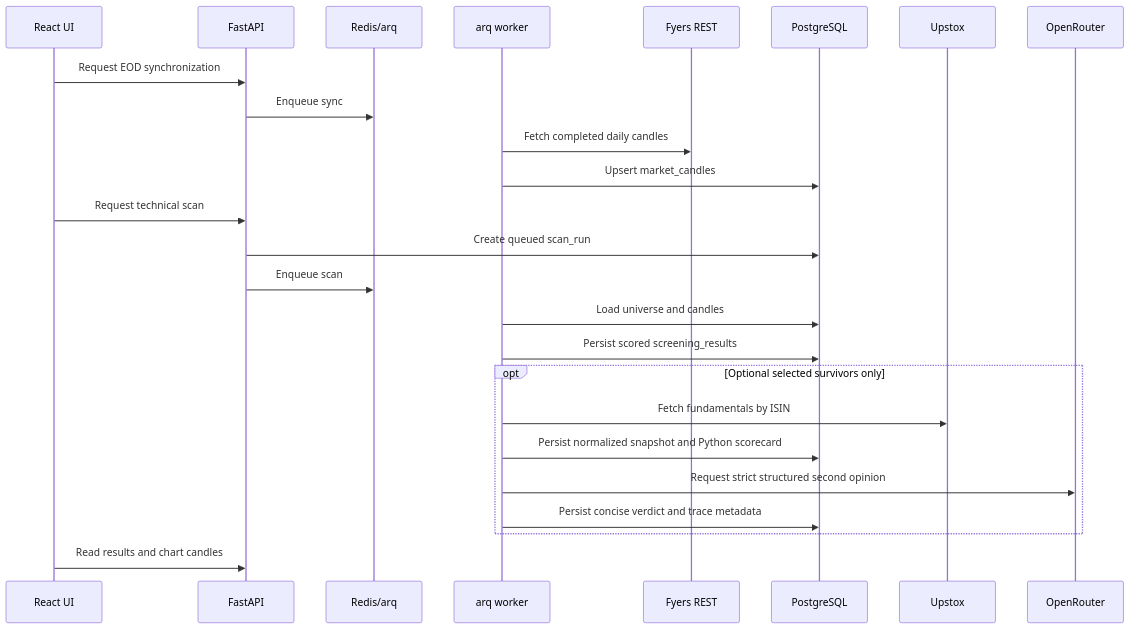
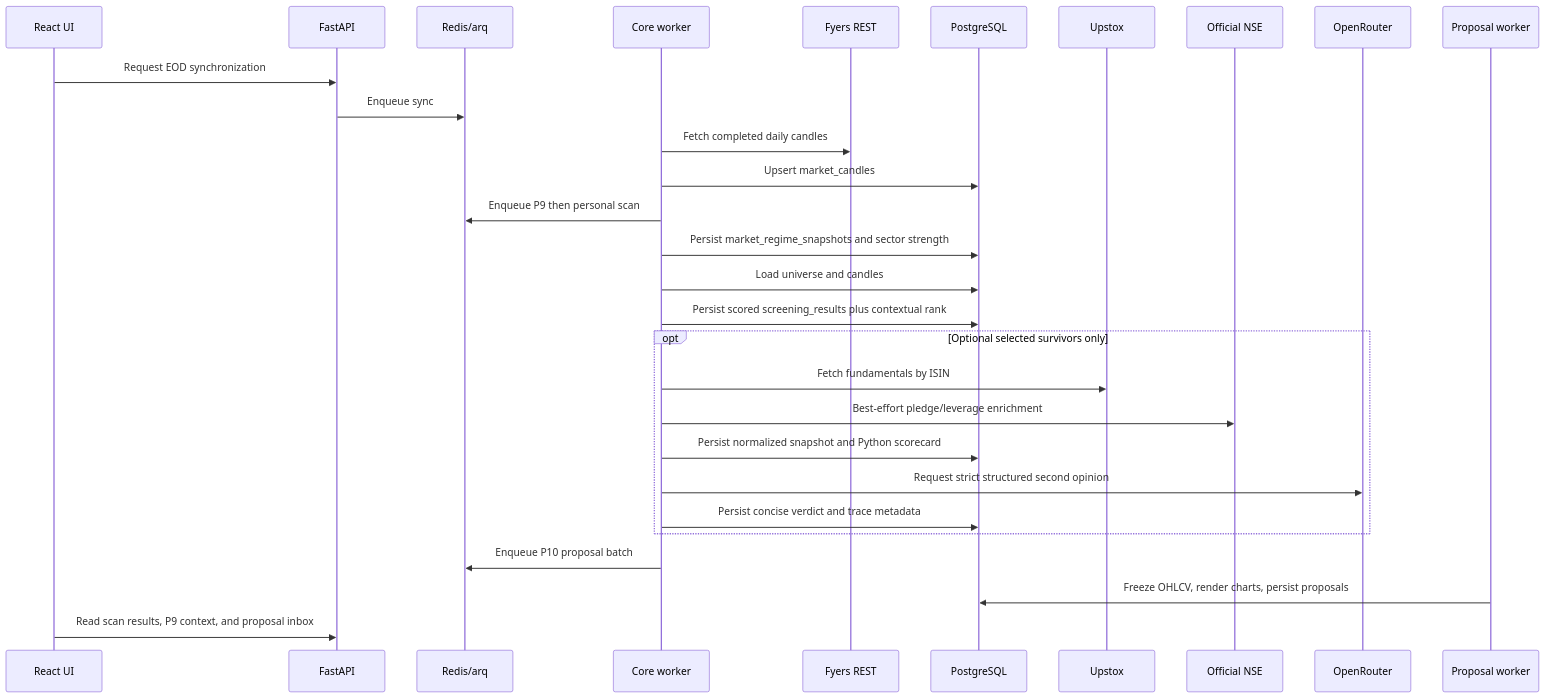
One commit to visheshgubrani/SwingTraderVCP changed the second of 5 diagrams in architecture.md. Above: the diagram before and after it, drawn with Mermaid. The commit also changed other lines of this file and 32 other files, not shown here.

First line of the commit message:
feat: Add P9 market context tables, replay script, and validation for FYERS symbols

````diff
--- a/architecture.md
+++ b/architecture.md
@@ -192,28 +291,32 @@
 ```mermaid
 sequenceDiagram
     participant UI as React UI
     participant API as FastAPI
     participant Q as Redis/arq
-    participant W as arq worker
+    participant W as Core worker
     participant FY as Fyers REST
     participant DB as PostgreSQL
     participant UP as Upstox
+    participant NSE as Official NSE
     participant AI as OpenRouter
+    participant PW as Proposal worker
 
     UI->>API: Request EOD synchronization
     API->>Q: Enqueue sync
     W->>FY: Fetch completed daily candles
     W->>DB: Upsert market_candles
-    UI->>API: Request technical scan
-    API->>DB: Create queued scan_run
-    API->>Q: Enqueue scan
+    W->>Q: Enqueue P9 then personal scan
+    W->>DB: Persist market_regime_snapshots and sector strength
     W->>DB: Load universe and candles
-    W->>DB: Persist scored screening_results
+    W->>DB: Persist scored screening_results plus contextual rank
     opt Optional selected survivors only
         W->>UP: Fetch fundamentals by ISIN
+        W->>NSE: Best-effort pledge/leverage enrichment
         W->>DB: Persist normalized snapshot and Python scorecard
         W->>AI: Request strict structured second opinion
         W->>DB: Persist concise verdict and trace metadata
     end
-    UI->>API: Read results and chart candles
+    W->>Q: Enqueue P10 proposal batch
+    PW->>DB: Freeze OHLCV, render charts, persist proposals
+    UI->>API: Read scan results, P9 context, and proposal inbox
 ```
````
